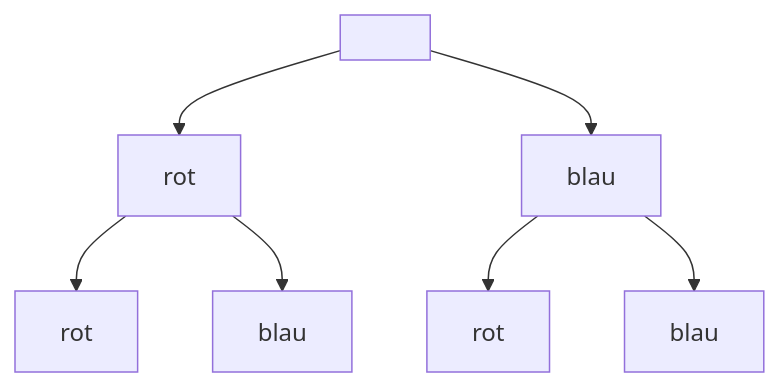
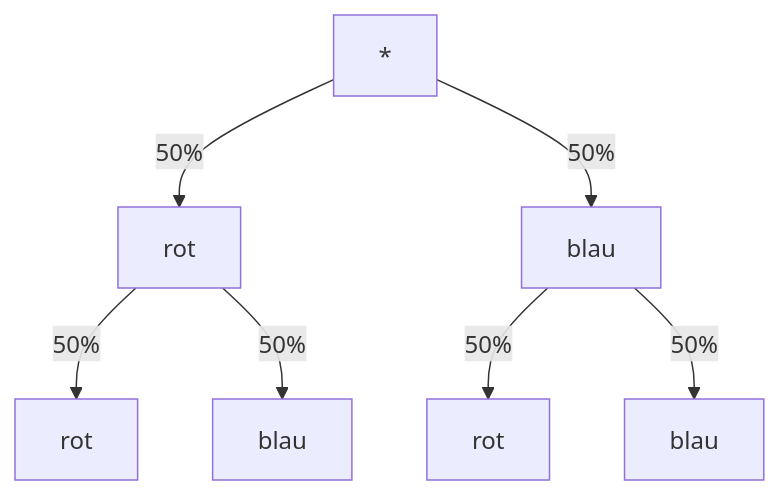
Before and after one commit to Kiyotoko/vault-sek2: the fourth of 4 diagrams in Klasse 11/Mathe/Memorize.md, drawn with Mermaid.

Commit message:
vault backup: 2023-03-18 15:38:38

```diff
--- a/Klasse 11/Mathe/Memorize.md
+++ b/Klasse 11/Mathe/Memorize.md
@@ -825,10 +825,10 @@
 ~~~mermaid
 graph TB
-A[ ]
-A-->A0[rot]
-A-->A1[blau]
-A0-->A00[rot]
-A0-->A01[blau]
-A1-->A10[rot]
-A1-->A11[blau]
+A[*]
+A-->|50%|A0[rot]
+A-->|50%|A1[blau]
+A0-->|50%|A00[rot]
+A0-->|50%|A01[blau]
+A1-->|50%|A10[rot]
+A1-->|50%|A11[blau]
 ~~~
```
